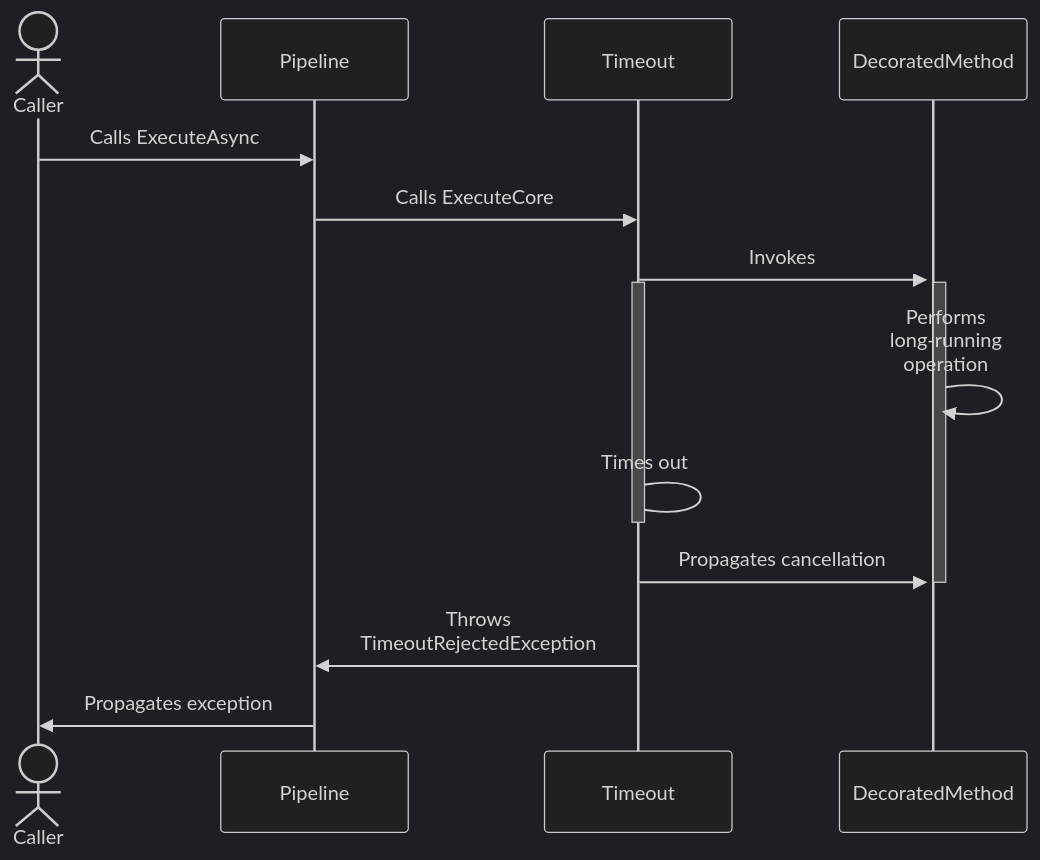
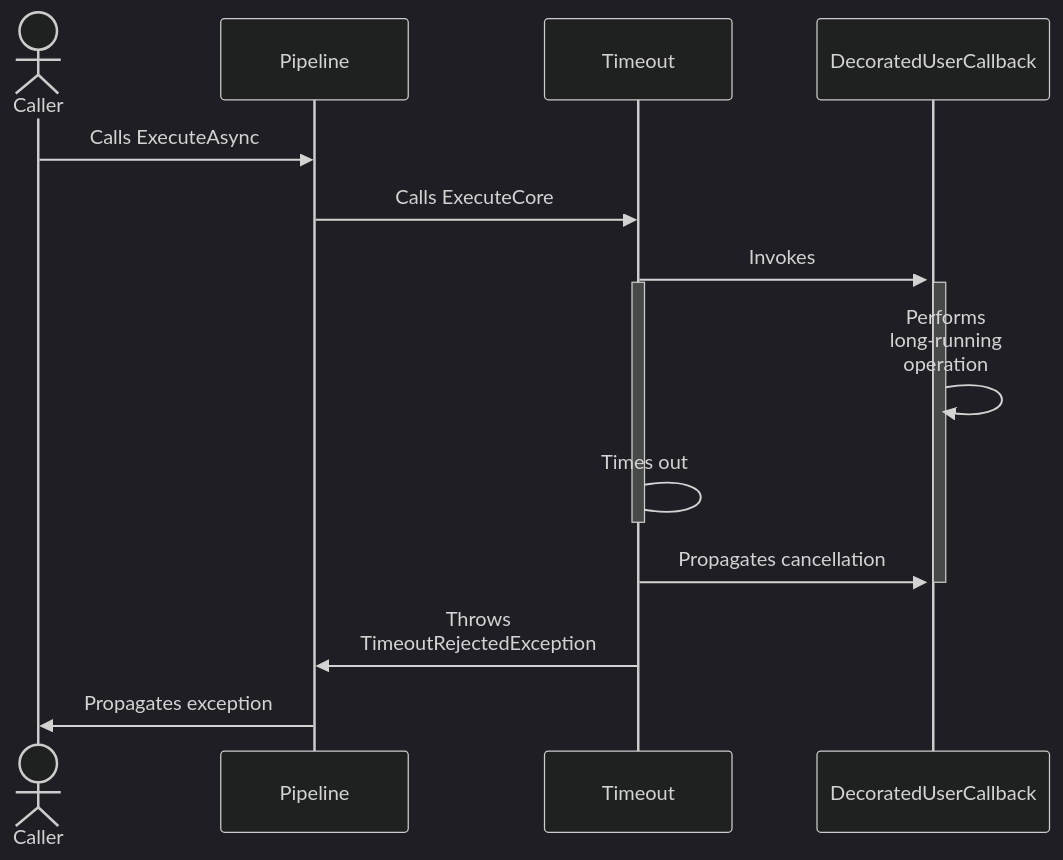
The second of 2 diagrams in docs/strategies/timeout.md (App-vNext/Polly), drawn with Mermaid before and after one commit. The commit also changed other lines of this file and 3 other files, not shown here.

First line of the commit message:
[Docs] Add sequence diagrams to fallback, retry, and rate limiter (#1702)

````diff
--- a/docs/strategies/timeout.md
+++ b/docs/strategies/timeout.md
@@ -104,21 +104,21 @@
 ```mermaid
 %%{init: {'theme':'dark'}}%%
 sequenceDiagram
     actor C as Caller
     participant P as Pipeline
     participant T as Timeout
-    participant DM as DecoratedMethod
+    participant D as DecoratedUserCallback
 
     C->>P: Calls ExecuteAsync
     P->>T: Calls ExecuteCore
-    T->>+DM: Invokes
+    T->>+D: Invokes
     activate T
-    activate DM
-    DM->>DM: Performs <br/>long-running <br/>operation
+    activate D
+    D->>D: Performs <br/>long-running <br/>operation
     T->T: Times out
     deactivate T
-    T->>DM: Propagates cancellation
-    deactivate DM
+    T->>D: Propagates cancellation
+    deactivate D
     T->>P: Throws <br/>TimeoutRejectedException
     P->>C: Propagates exception
 ```
````
